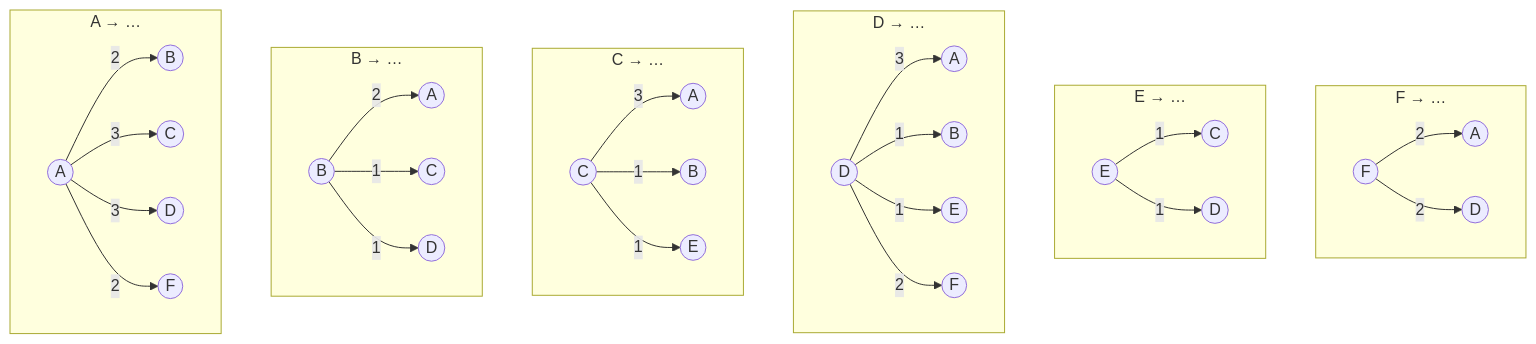
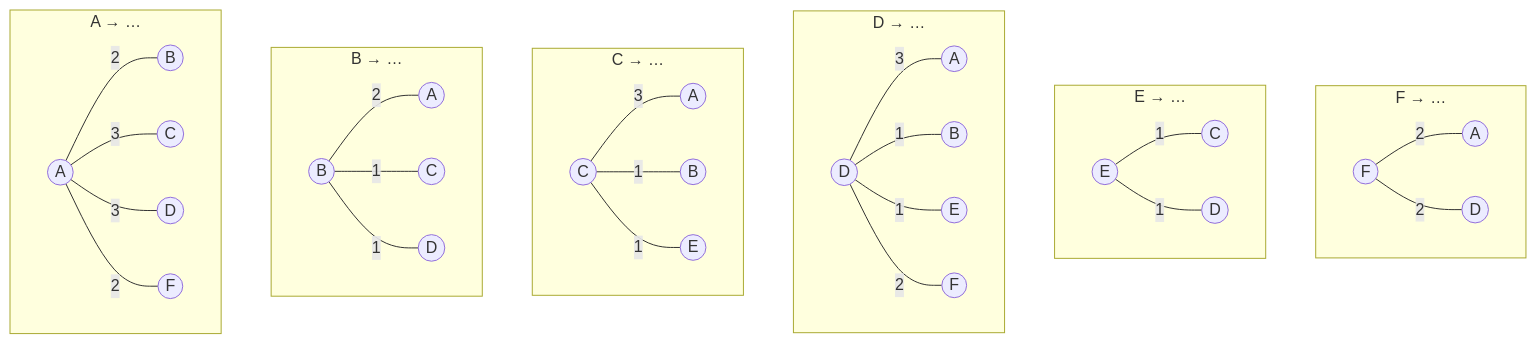
One commit to hanggrian/IIT-CS579 changed the first of 7 diagrams in assignments/hw3/README.md. Above: the diagram before and after it, drawn with Mermaid. The commit also changed other lines of this file and 4 other files, not shown here.

````diff
--- a/assignments/hw3/README.md
+++ b/assignments/hw3/README.md
@@ -47,44 +47,44 @@
 ```mermaid
 graph TB
   subgraph F[F &rarr; &mldr;]
     direction LR
-    FF((F)) -- 2 --> FA((A))
-    FF -- 2 --> FD((D))
+    FF((F)) -- 2 --- FA((A))
+    FF -- 2 --- FD((D))
   end
 
   subgraph E[E &rarr; &mldr;]
     direction LR
-    EE((E)) -- 1 --> EC((C))
-    EE -- 1 --> ED((D))
+    EE((E)) -- 1 --- EC((C))
+    EE -- 1 --- ED((D))
   end
 
   subgraph D[D &rarr; &mldr;]
     direction LR
-    DD((D)) -- 3 --> DA((A))
-    DD -- 1 --> DB((B))
-    DD -- 1 --> DE((E))
-    DD -- 2 --> DF((F))
+    DD((D)) -- 3 --- DA((A))
+    DD -- 1 --- DB((B))
+    DD -- 1 --- DE((E))
+    DD -- 2 --- DF((F))
   end
 
   subgraph C[C &rarr; &mldr;]
     direction LR
-    CC((C)) -- 3 --> CA((A))
-    CC -- 1 --> CB((B))
-    CC -- 1 --> CE((E))
+    CC((C)) -- 3 --- CA((A))
+    CC -- 1 --- CB((B))
+    CC -- 1 --- CE((E))
   end
 
   subgraph B[B &rarr; &mldr;]
     direction LR
-    BB((B)) -- 2 --> BA((A))
-    BB -- 1 --> BC((C))
-    BB -- 1 --> BD((D))
+    BB((B)) -- 2 --- BA((A))
+    BB -- 1 --- BC((C))
+    BB -- 1 --- BD((D))
   end
 
   subgraph A[A &rarr; &mldr;]
     direction LR
-    AA((A)) -- 2 --> AB((B))
-    AA -- 3 --> AC((C))
-    AA -- 3 --> AD((D))
-    AA -- 2 --> AF((F))
+    AA((A)) -- 2 --- AB((B))
+    AA -- 3 --- AC((C))
+    AA -- 3 --- AD((D))
+    AA -- 2 --- AF((F))
   end
 ```
````
